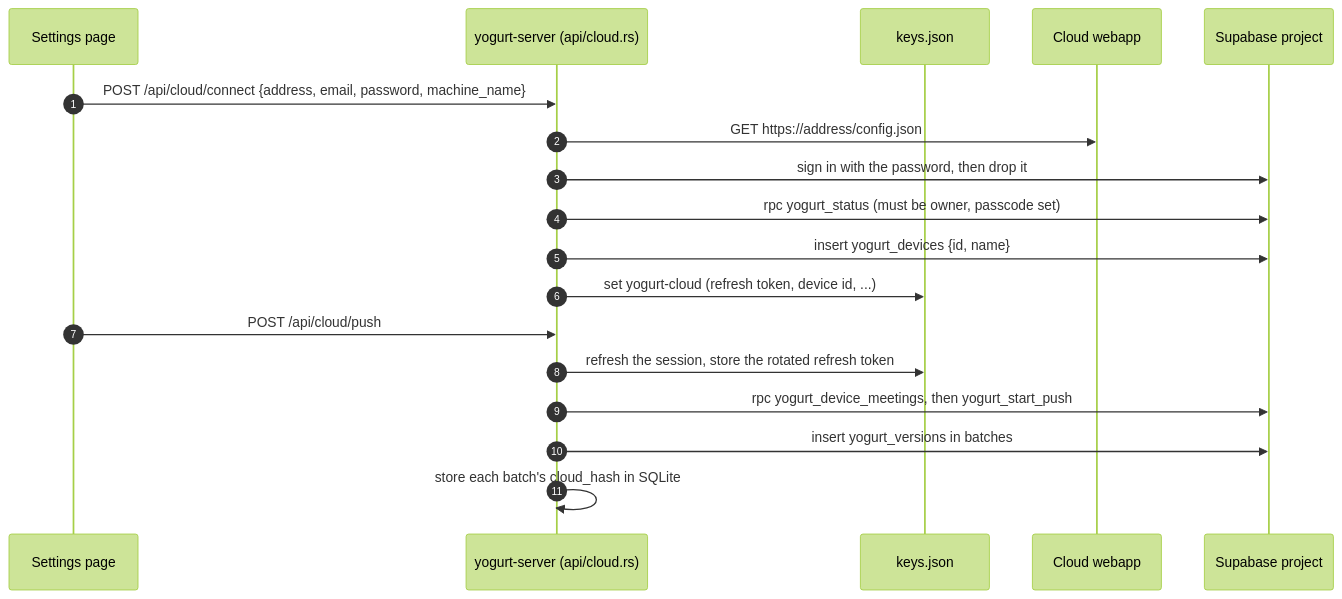
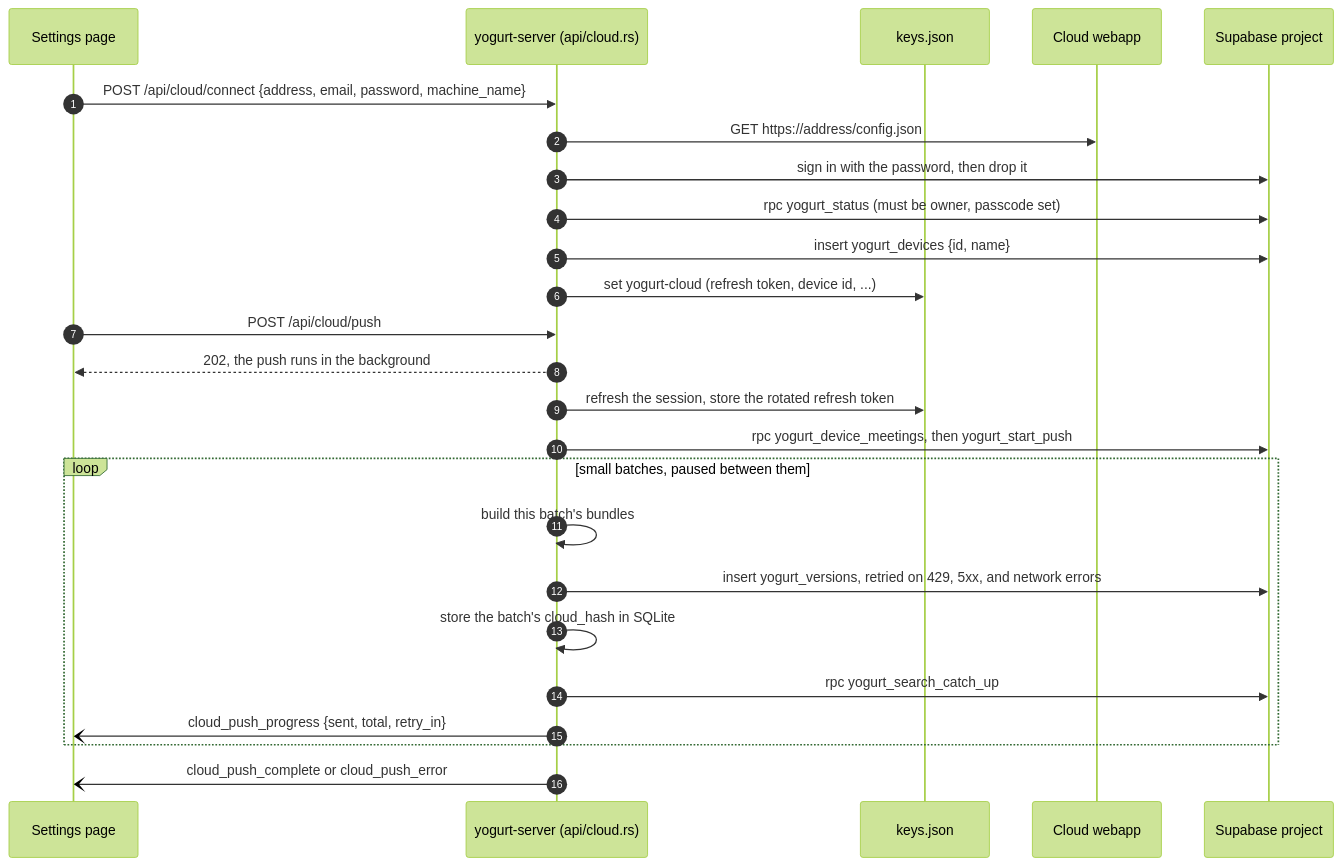
Before and after one commit to jarvisrchen/yogurt: diagram 13 of 13 in docs/ARCHITECTURE.md, drawn with Mermaid (forest theme). The commit also changed other lines of this file and 40 other files, not shown here.

First line of the commit message:
SYNC-13: Push in the background in paced batches with retries and a progress pill (#177)

````diff
--- a/docs/ARCHITECTURE.md
+++ b/docs/ARCHITECTURE.md
@@ -873,21 +873,28 @@
 ```mermaid
 sequenceDiagram
   autonumber
   participant UI as Settings page
   participant S as yogurt-server (api/cloud.rs)
   participant K as keys.json
   participant W as Cloud webapp
   participant P as Supabase project
 
   UI->>S: POST /api/cloud/connect {address, email, password, machine_name}
   S->>W: GET https://address/config.json
   S->>P: sign in with the password, then drop it
   S->>P: rpc yogurt_status (must be owner, passcode set)
   S->>P: insert yogurt_devices {id, name}
   S->>K: set yogurt-cloud (refresh token, device id, ...)
   UI->>S: POST /api/cloud/push
+  S-->>UI: 202, the push runs in the background
   S->>K: refresh the session, store the rotated refresh token
   S->>P: rpc yogurt_device_meetings, then yogurt_start_push
-  S->>P: insert yogurt_versions in batches
-  S->>S: store each batch's cloud_hash in SQLite
+  loop small batches, paused between them
+    S->>S: build this batch's bundles
+    S->>P: insert yogurt_versions, retried on 429, 5xx, and network errors
+    S->>S: store the batch's cloud_hash in SQLite
+    S->>P: rpc yogurt_search_catch_up
+    S-)UI: cloud_push_progress {sent, total, retry_in}
+  end
+  S-)UI: cloud_push_complete or cloud_push_error
 ```
````
